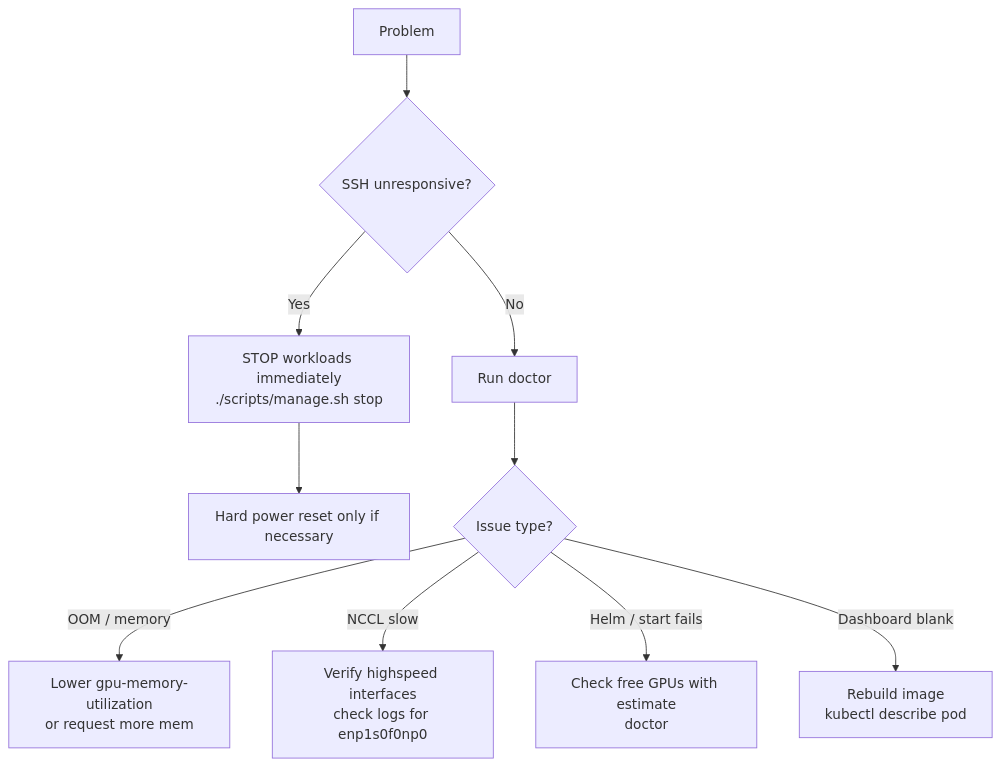
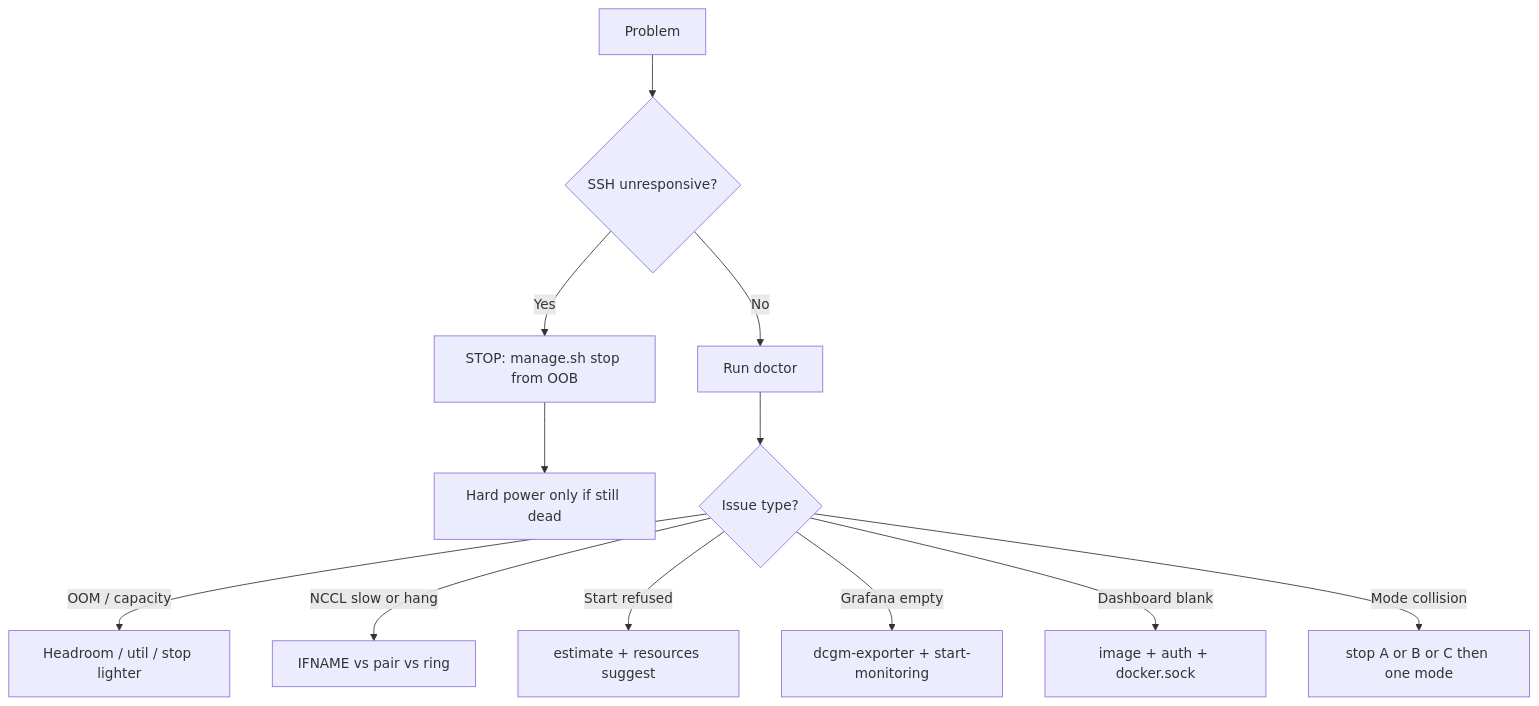
The diagram in docs/troubleshooting.md (toxicoder/nvidia-dgx-spark-lab), drawn with Mermaid before and after one commit. The commit also changed other lines of this file and 132 other files, not shown here.

````diff
--- a/docs/troubleshooting.md
+++ b/docs/troubleshooting.md
@@ -26,12 +33,14 @@
 ```mermaid
 flowchart TD
-    A[Problem] --> B{SSH unresponsive?}
-    B -->|Yes| C[STOP workloads immediately<br/>./scripts/manage.sh stop]
-    B -->|No| D[Run doctor]
-    C --> E[Hard power reset only if necessary]
-    D --> F{Issue type?}
-    F -->|OOM / memory| G[Lower gpu-memory-utilization<br/>or request more mem]
-    F -->|NCCL slow| H[Verify highspeed interfaces<br/>check logs for enp1s0f0np0]
-    F -->|Helm / start fails| I[Check free GPUs with estimate<br/>doctor]
-    F -->|Dashboard blank| J[Rebuild image<br/>kubectl describe pod]
+    P[Problem] --> SSH{SSH unresponsive?}
+    SSH -->|Yes| Stop["STOP: manage.sh stop from OOB"]
+    Stop --> Power[Hard power only if still dead]
+    SSH -->|No| Doc[Run doctor]
+    Doc --> Kind{Issue type?}
+    Kind -->|OOM / capacity| Cap[Headroom / util / stop lighter]
+    Kind -->|NCCL slow or hang| Fabric[IFNAME vs pair vs ring]
+    Kind -->|Start refused| Gate[estimate + resources suggest]
+    Kind -->|Grafana empty| DCGM[dcgm-exporter + start-monitoring]
+    Kind -->|Dashboard blank| Img[image + auth + docker.sock]
+    Kind -->|Mode collision| Modes[stop A or B or C then one mode]
 ```
````
